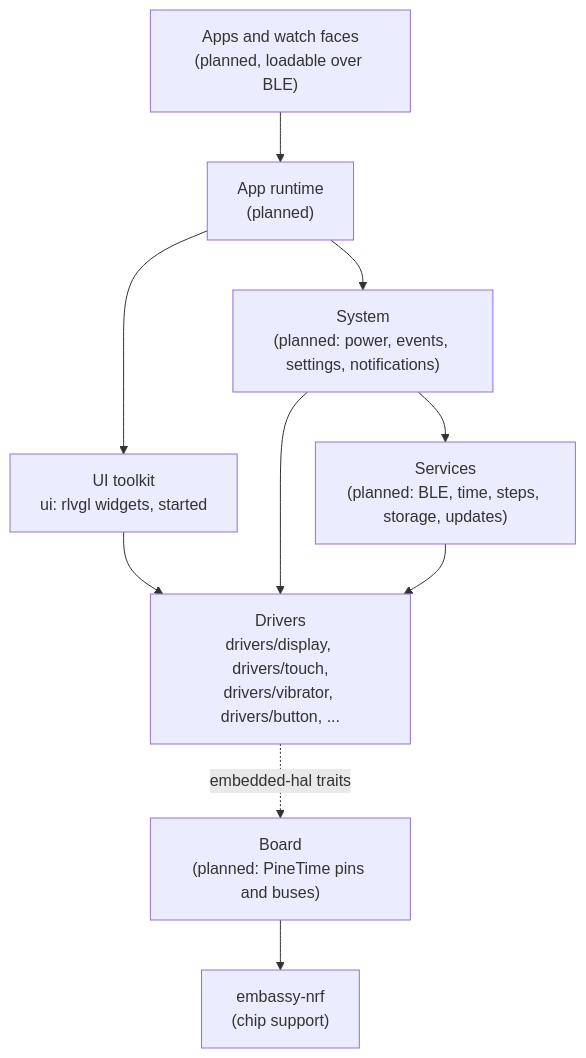
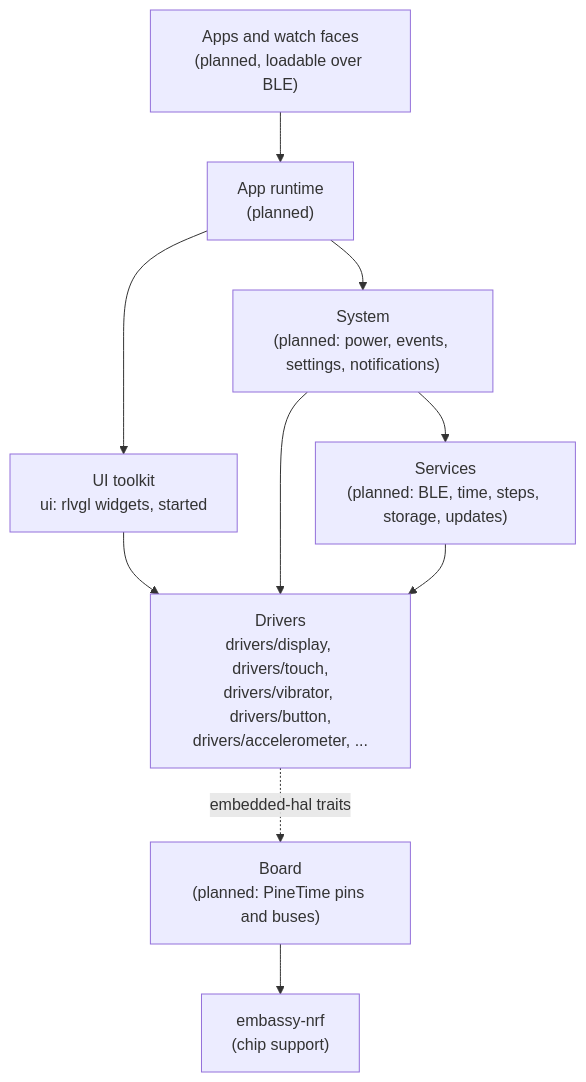
The diagram in docs/architecture.md (BeatLink/BattleTime), drawn with Mermaid before and after one commit. The commit also changed other lines of this file and 9 other files, not shown here.

````diff
--- a/docs/architecture.md
+++ b/docs/architecture.md
@@ -28,21 +28,21 @@
 ```mermaid
 flowchart TB
     apps["Apps and watch faces<br/>(planned, loadable over BLE)"]
     runtime["App runtime<br/>(planned)"]
     ui["UI toolkit<br/>ui: rlvgl widgets, started"]
     system["System<br/>(planned: power, events, settings, notifications)"]
     services["Services<br/>(planned: BLE, time, steps, storage, updates)"]
-    drivers["Drivers<br/>drivers/display, drivers/touch,<br/>drivers/vibrator, drivers/button, ..."]
+    drivers["Drivers<br/>drivers/display, drivers/touch,<br/>drivers/vibrator, drivers/button,<br/>drivers/accelerometer, ..."]
     board["Board<br/>(planned: PineTime pins and buses)"]
     hal["embassy-nrf<br/>(chip support)"]
 
     apps --> runtime
     runtime --> ui
     runtime --> system
     ui --> drivers
     system --> services
     system --> drivers
     services --> drivers
     drivers -. embedded-hal traits .-> board
     board --> hal
 ```
````
